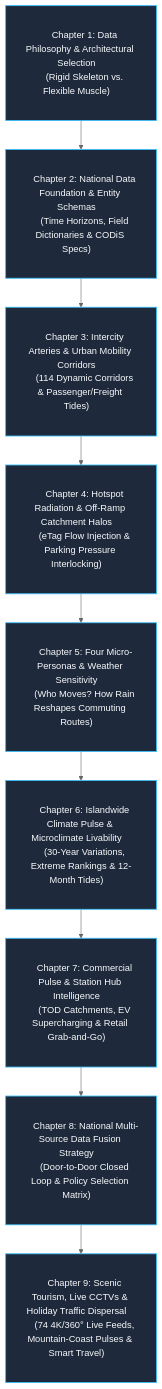
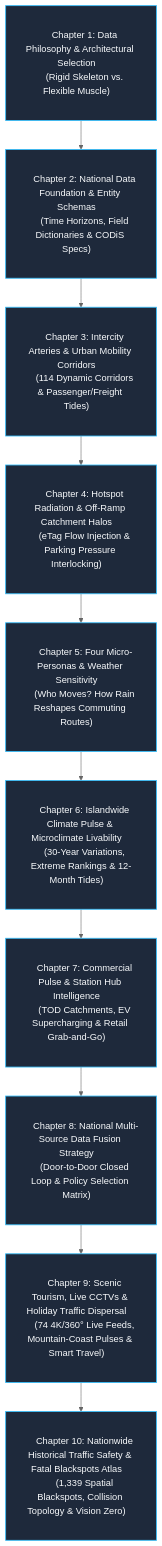
One commit to tobytoy/taiwan-mobility-pulse changed the diagram in docs/en/README.md. Above: the diagram before and after it, drawn with Mermaid (neutral theme). The commit also changed other lines of this file and 17 other files, not shown here.

Commit message:
docs: add Chapter 10 on TDX historical traffic safety blackspots and bump to v1.3.2

````diff
--- a/docs/en/README.md
+++ b/docs/en/README.md
@@ -31,13 +31,14 @@
 ```mermaid
 flowchart TD
     classDef default fill:#1e293b,stroke:#38bdf8,stroke-width:1.5px,color:#f8fafc,padding:16px 50px;
 
     C1["&emsp;Chapter 1: Data Philosophy & Architectural Selection&emsp;<br/>&emsp;(Rigid Skeleton vs. Flexible Muscle)&emsp;"] --> C2["&emsp;Chapter 2: National Data Foundation & Entity Schemas&emsp;<br/>&emsp;(Time Horizons, Field Dictionaries & CODiS Specs)&emsp;"]
     C2 --> C3["&emsp;Chapter 3: Intercity Arteries & Urban Mobility Corridors&emsp;<br/>&emsp;(114 Dynamic Corridors & Passenger/Freight Tides)&emsp;"]
     C3 --> C4["&emsp;Chapter 4: Hotspot Radiation & Off-Ramp Catchment Halos&emsp;<br/>&emsp;(eTag Flow Injection & Parking Pressure Interlocking)&emsp;"]
     C4 --> C5["&emsp;Chapter 5: Four Micro-Personas & Weather Sensitivity&emsp;<br/>&emsp;(Who Moves? How Rain Reshapes Commuting Routes)&emsp;"]
     C5 --> C6["&emsp;Chapter 6: Islandwide Climate Pulse & Microclimate Livability&emsp;<br/>&emsp;(30-Year Variations, Extreme Rankings & 12-Month Tides)&emsp;"]
     C6 --> C7["&emsp;Chapter 7: Commercial Pulse & Station Hub Intelligence&emsp;<br/>&emsp;(TOD Catchments, EV Supercharging & Retail Grab-and-Go)&emsp;"]
     C7 --> C8["&emsp;Chapter 8: National Multi-Source Data Fusion Strategy&emsp;<br/>&emsp;(Door-to-Door Closed Loop & Policy Selection Matrix)&emsp;"]
     C8 --> C9["&emsp;Chapter 9: Scenic Tourism, Live CCTVs & Holiday Traffic Dispersal&emsp;<br/>&emsp;(74 4K/360° Live Feeds, Mountain-Coast Pulses & Smart Travel)&emsp;"]
+    C9 --> C10["&emsp;Chapter 10: Nationwide Historical Traffic Safety & Fatal Blackspots Atlas&emsp;<br/>&emsp;(1,339 Spatial Blackspots, Collision Topology & Vision Zero)&emsp;"]
 ```
````
